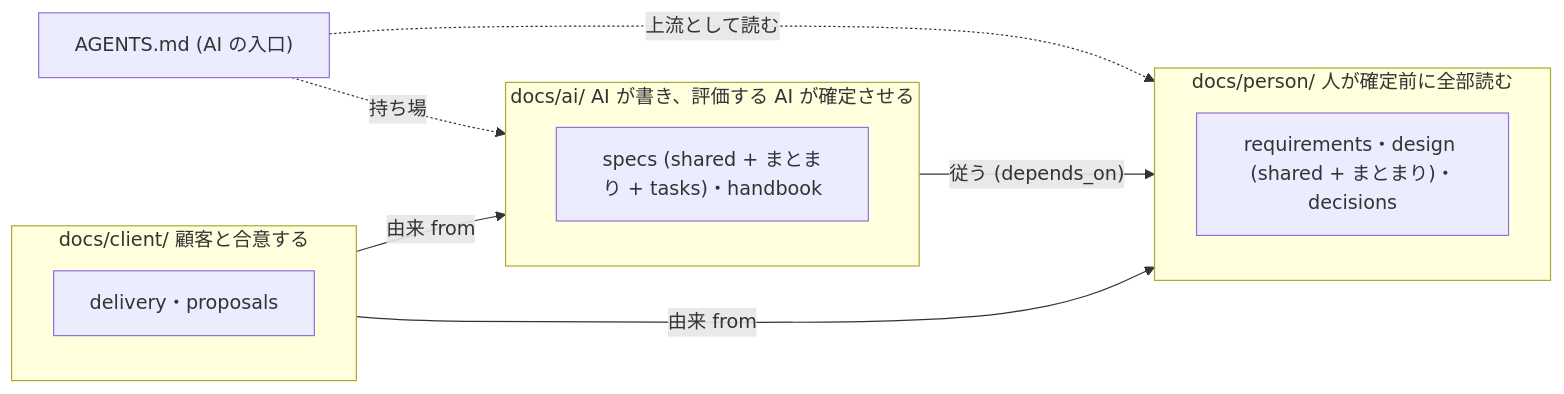
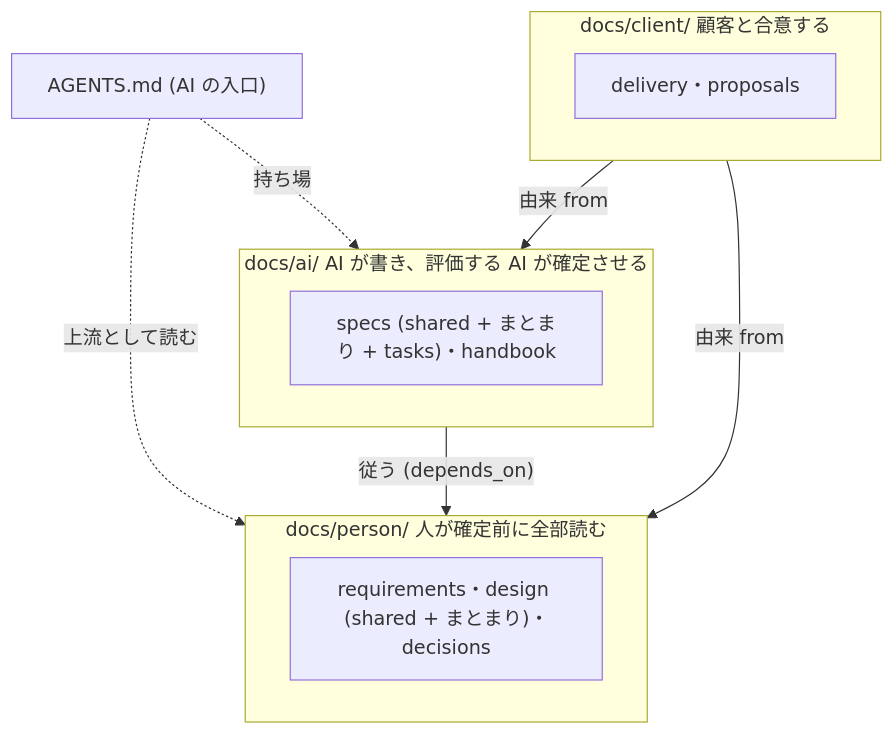
One commit to SakakitaniJunya/Igeta changed the diagram in docs/person/design/shared/02-solution-strategy.md. Above: the diagram before and after it, drawn with Mermaid. The commit also changed other lines of this file and 4 other files, not shown here.

First line of the commit message:
docs(person): 要件 01・02・解決戦略・地図を人の型に揃え、作り方の行を ai へ移す (T301)

````diff
--- a/docs/person/design/shared/02-solution-strategy.md
+++ b/docs/person/design/shared/02-solution-strategy.md
@@ -48,18 +25,18 @@
 ```mermaid
-flowchart LR
+flowchart TB
   AG["AGENTS.md (AI の入口)"]
   subgraph P["docs/person/ 人が確定前に全部読む"]
     GD["requirements・design (shared + まとまり)・decisions"]
   end
   subgraph A["docs/ai/ AI が書き、評価する AI が確定させる"]
     SP["specs (shared + まとまり + tasks)・handbook"]
   end
   subgraph L["docs/client/ 顧客と合意する"]
     DL["delivery・proposals"]
   end
   AG -. "上流として読む" .-> P
   AG -. "持ち場" .-> A
   A -- "従う (depends_on)" --> P
   L -- "由来 from" --> P
   L -- "由来 from" --> A
 ```
````
